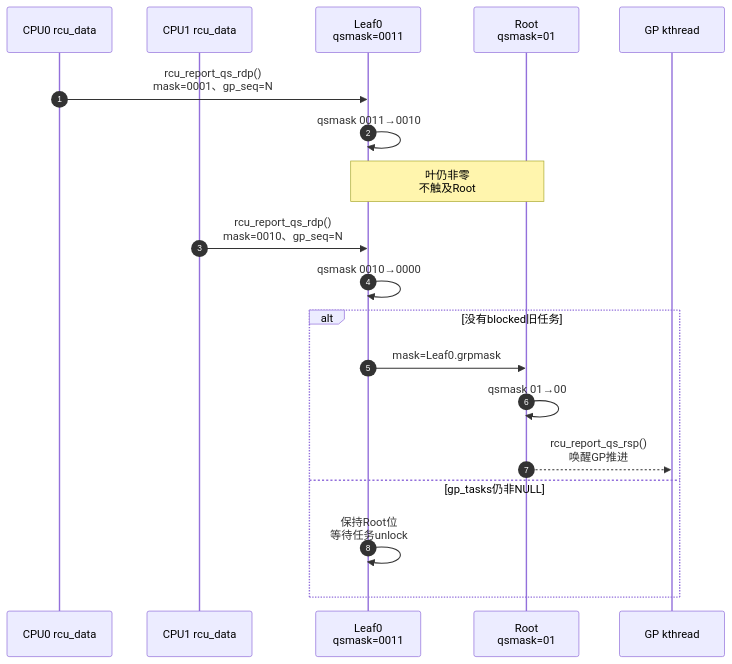
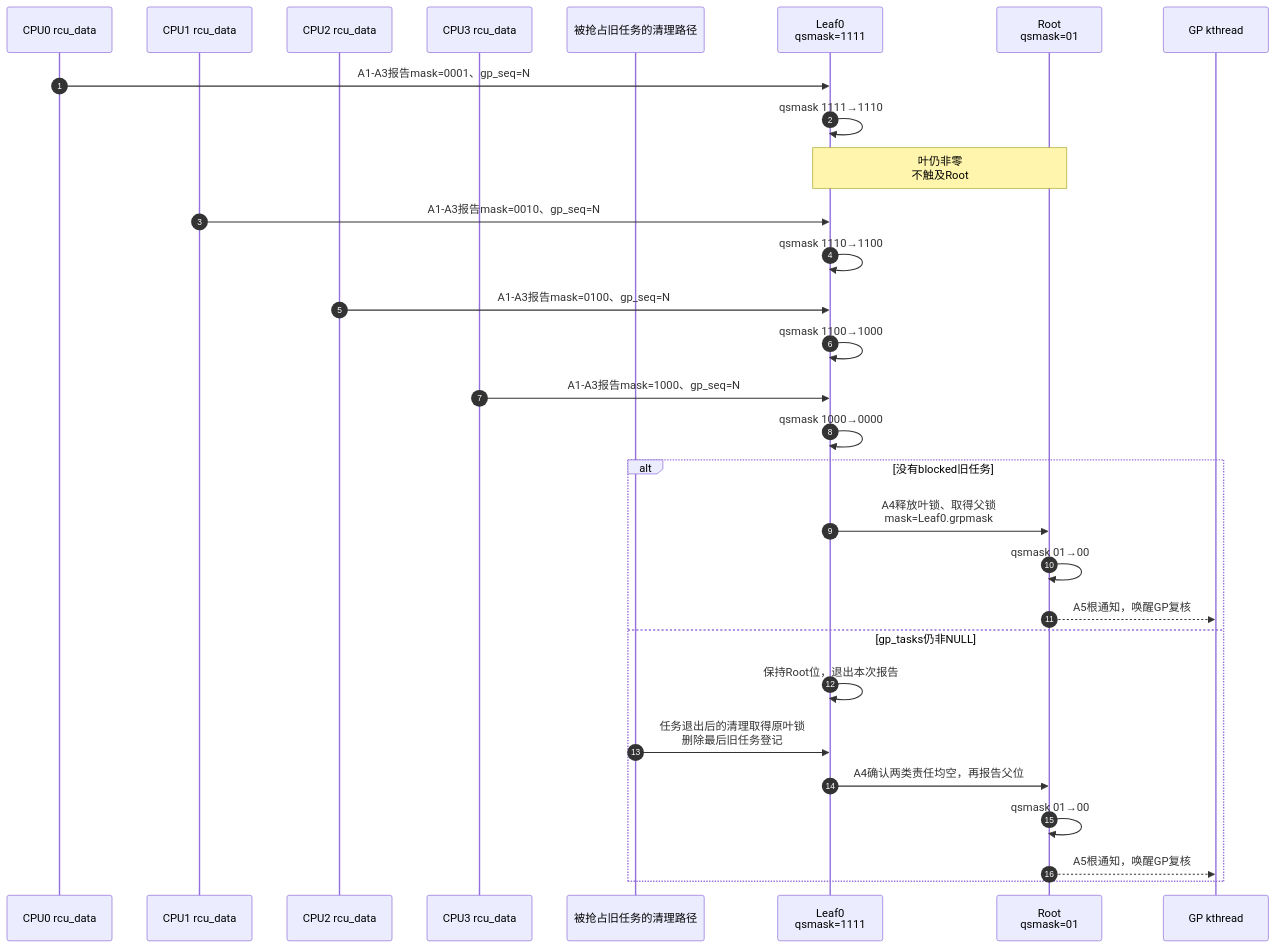
One commit to FormingSystem/linux_note changed the second of 2 diagrams in knowledge/linux/synchronization_and_asynchrony/synchronization/rcu/P10_Tree_RCU_rcu_node树与分层汇聚.md. Above: the diagram before and after it, drawn with Mermaid. The commit also changed other lines of this file and 2 other files, not shown here.

First line of the commit message:
content(rcu/proof): 补全执行环境快照与分层汇聚证明

````diff
--- a/knowledge/linux/synchronization_and_asynchrony/synchronization/rcu/P10_Tree_RCU_rcu_node树与分层汇聚.md
+++ b/knowledge/linux/synchronization_and_asynchrony/synchronization/rcu/P10_Tree_RCU_rcu_node树与分层汇聚.md
@@ -156,24 +167,35 @@
 ```mermaid
 sequenceDiagram
     autonumber
 
     participant C0 as CPU0 rcu_data
     participant C1 as CPU1 rcu_data
-    participant L as Leaf0<br/>qsmask=0011
+    participant C2 as CPU2 rcu_data
+    participant C3 as CPU3 rcu_data
+    participant T as 被抢占旧任务的清理路径
+    participant L as Leaf0<br/>qsmask=1111
     participant R as Root<br/>qsmask=01
     participant G as GP kthread
 
-    C0->>L: rcu_report_qs_rdp()<br/>mask=0001、gp_seq=N
-    L->>L: qsmask 0011→0010
+    C0->>L: A1-A3报告mask=0001、gp_seq=N
+    L->>L: qsmask 1111→1110
     Note over L,R: 叶仍非零<br/>不触及Root
 
-    C1->>L: rcu_report_qs_rdp()<br/>mask=0010、gp_seq=N
-    L->>L: qsmask 0010→0000
+    C1->>L: A1-A3报告mask=0010、gp_seq=N
+    L->>L: qsmask 1110→1100
+    C2->>L: A1-A3报告mask=0100、gp_seq=N
+    L->>L: qsmask 1100→1000
+    C3->>L: A1-A3报告mask=1000、gp_seq=N
+    L->>L: qsmask 1000→0000
     alt 没有blocked旧任务
-        L->>R: mask=Leaf0.grpmask
+        L->>R: A4释放叶锁、取得父锁<br/>mask=Leaf0.grpmask
         R->>R: qsmask 01→00
-        R-->>G: rcu_report_qs_rsp()<br/>唤醒GP推进
+        R-->>G: A5根通知，唤醒GP复核
     else gp_tasks仍非NULL
-        L->>L: 保持Root位<br/>等待任务unlock
+        L->>L: 保持Root位，退出本次报告
+        T->>L: 任务退出后的清理取得原叶锁<br/>删除最后旧任务登记
+        L->>R: A4确认两类责任均空，再报告父位
+        R->>R: qsmask 01→00
+        R-->>G: A5根通知，唤醒GP复核
     end
 ```
````
